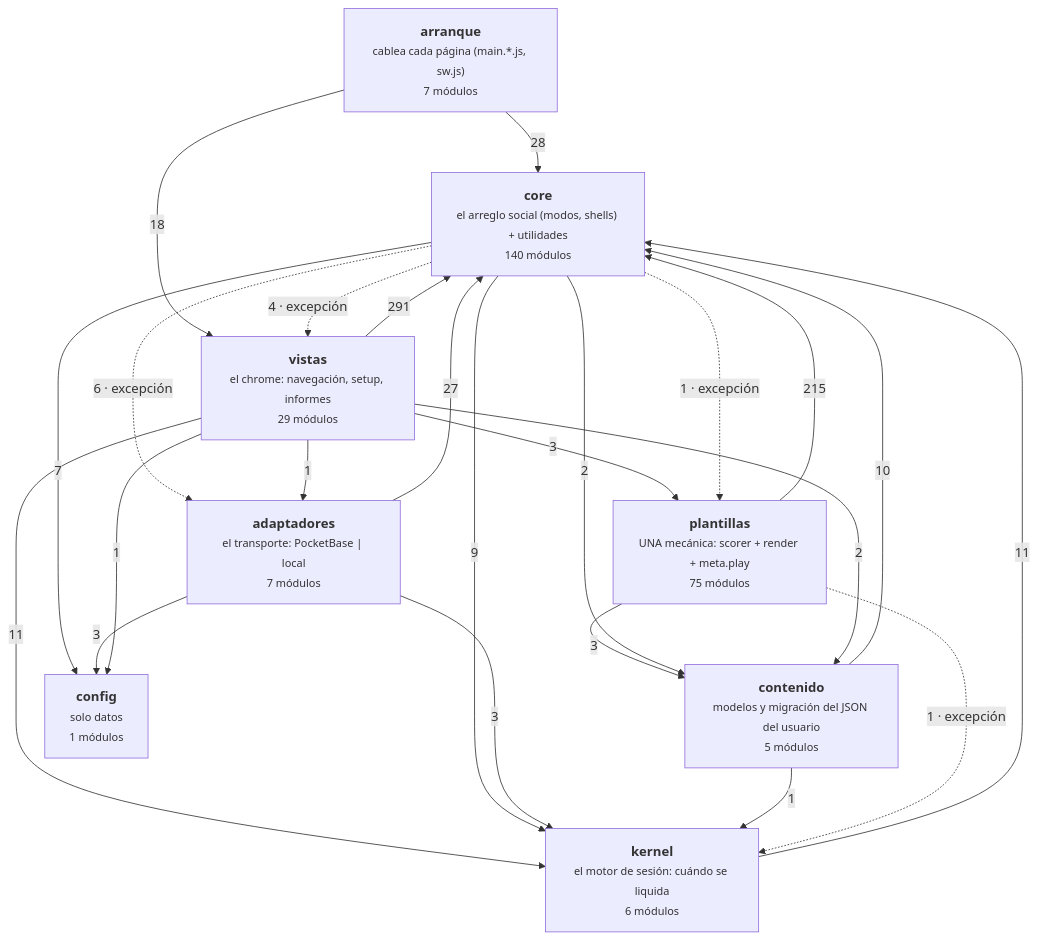
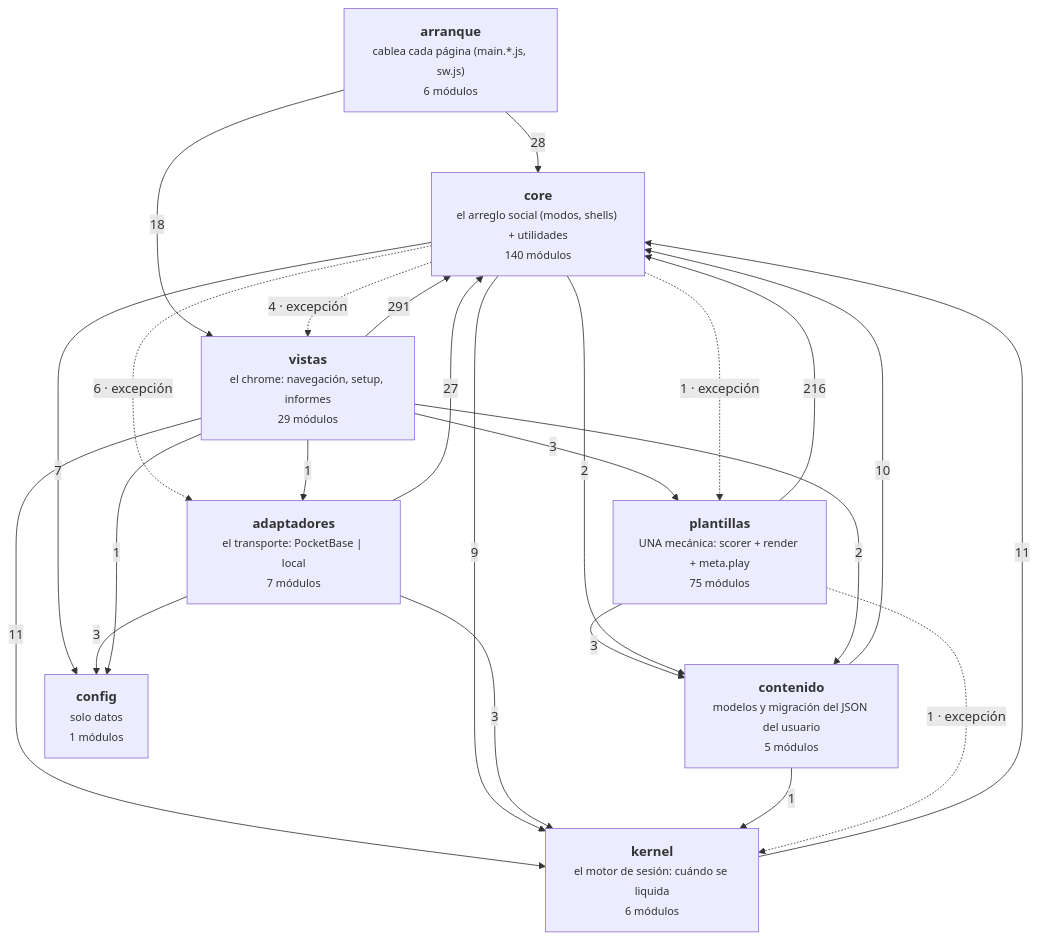
Before and after one commit to duecaz/ac: the diagram in docs/arquitectura-modulos.md, drawn with Mermaid. The commit also changed other lines of this file and 21 other files, not shown here.

````diff
--- a/docs/arquitectura-modulos.md
+++ b/docs/arquitectura-modulos.md
@@ -56,34 +56,34 @@
 ```mermaid
 graph TD
-  A["<b>arranque</b><br/><small>cablea cada página (main.*.js, sw.js)</small><br/><small>7 módulos</small>"]
+  A["<b>arranque</b><br/><small>cablea cada página (main.*.js, sw.js)</small><br/><small>6 módulos</small>"]
   V["<b>vistas</b><br/><small>el chrome: navegación, setup, informes</small><br/><small>29 módulos</small>"]
   AD["<b>adaptadores</b><br/><small>el transporte: PocketBase | local</small><br/><small>7 módulos</small>"]
   C["<b>core</b><br/><small>el arreglo social (modos, shells) + utilidades</small><br/><small>140 módulos</small>"]
   K["<b>kernel</b><br/><small>el motor de sesión: cuándo se liquida</small><br/><small>6 módulos</small>"]
   T["<b>plantillas</b><br/><small>UNA mecánica: scorer + render + meta.play</small><br/><small>75 módulos</small>"]
   CO["<b>contenido</b><br/><small>modelos y migración del JSON del usuario</small><br/><small>5 módulos</small>"]
   CF["<b>config</b><br/><small>solo datos</small><br/><small>1 módulos</small>"]
   V -->|291| C
-  T -->|215| C
+  T -->|216| C
   A -->|28| C
   AD -->|27| C
   A -->|18| V
   K -->|11| C
   V -->|11| K
   CO -->|10| C
   C -->|9| K
   C -->|7| CF
   C -.->|6 · excepción| AD
   C -.->|4 · excepción| V
   AD -->|3| CF
   AD -->|3| K
   T -->|3| CO
   V -->|3| T
   C -->|2| CO
   V -->|2| CO
   C -.->|1 · excepción| T
   CO -->|1| K
   T -.->|1 · excepción| K
   V -->|1| AD
   V -->|1| CF
 ```
````
